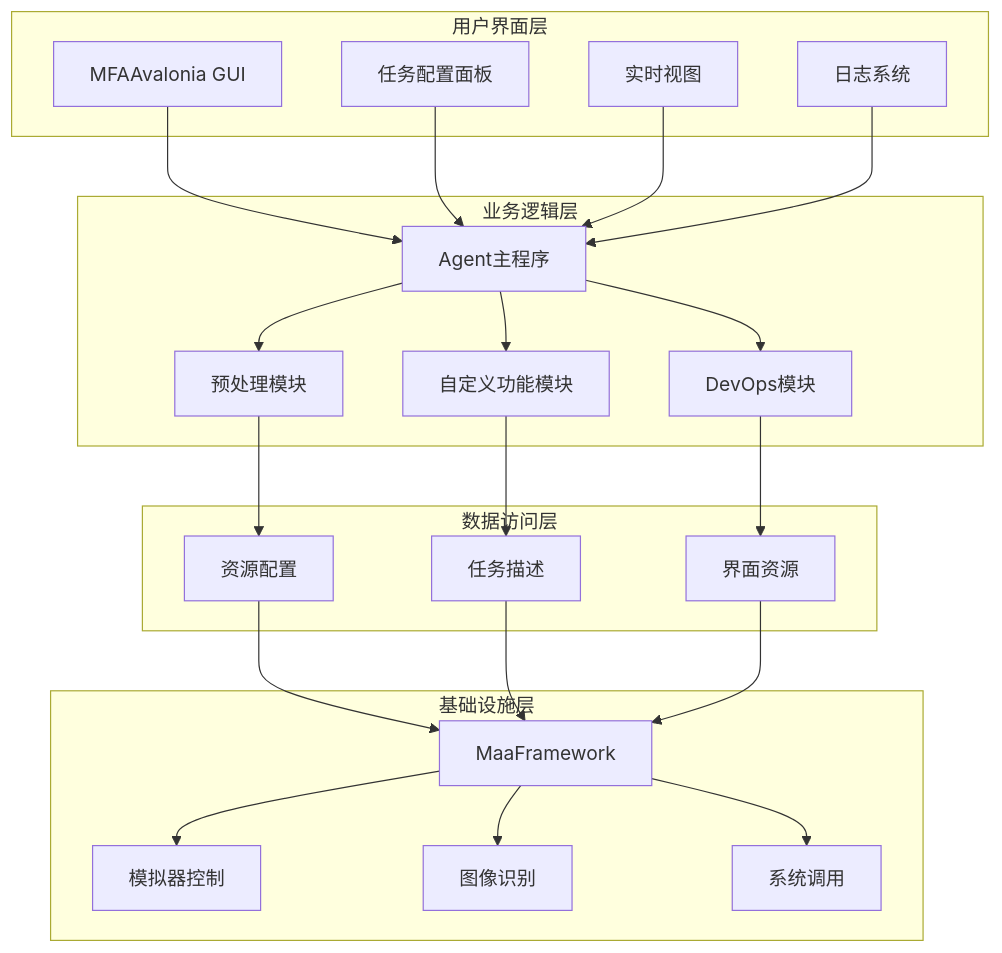
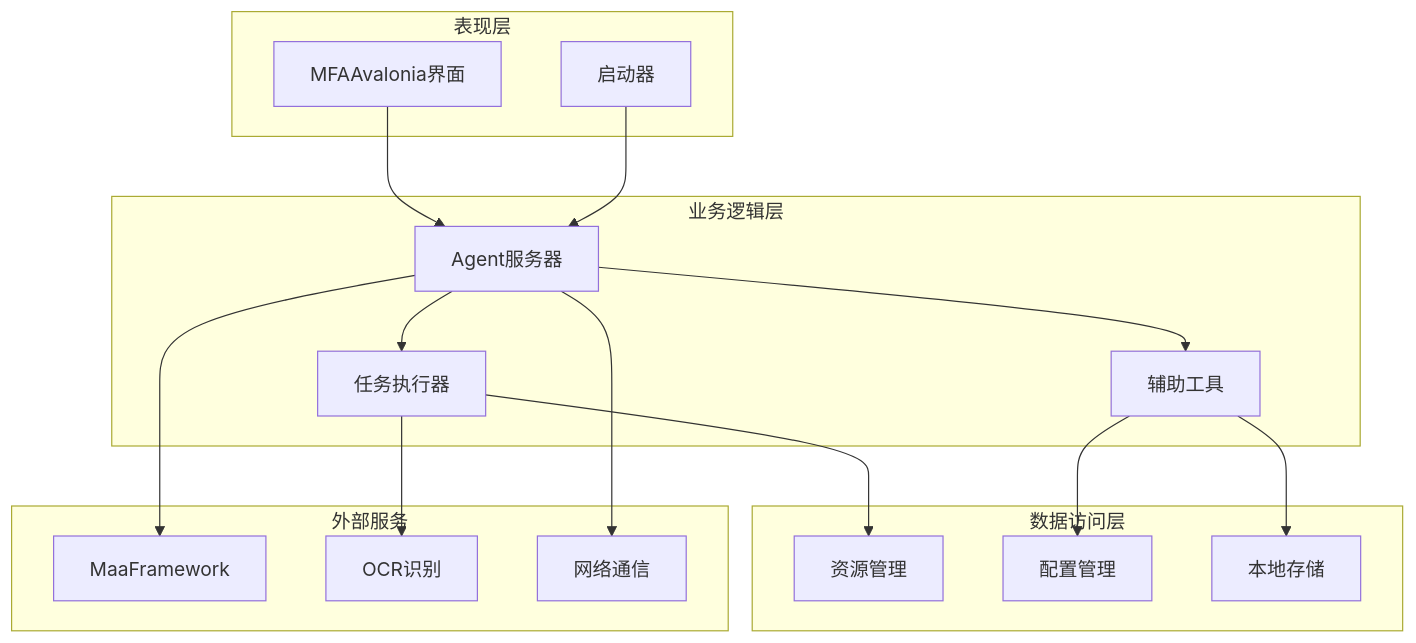
The fifth of 8 diagrams in .qoder/repowiki/zh/content/Operation Guide Content.md (kqcoxn/MaaDuDuL), drawn with Mermaid before and after one commit. The commit also changed other lines of this file and 18 other files, not shown here.

````diff
--- a/.qoder/repowiki/zh/content/Operation Guide Content.md
+++ b/.qoder/repowiki/zh/content/Operation Guide Content.md
@@ -125,42 +179,32 @@
 ```mermaid
 graph TB
-subgraph "用户界面层"
-A[MFAAvalonia GUI]
-B[任务配置面板]
-C[实时视图]
-D[日志系统]
+subgraph "表现层"
+UI[MFAAvalonia界面]
+Launcher[启动器]
 end
 subgraph "业务逻辑层"
-E[Agent主程序]
-F[预处理模块]
-G[自定义功能模块]
-H[DevOps模块]
+Agent[Agent服务器]
+Tasker[任务执行器]
+Helper[辅助工具]
 end
 subgraph "数据访问层"
-I[资源配置]
-J[任务描述]
-K[界面资源]
+Resource[资源管理]
+Config[配置管理]
+Storage[本地存储]
 end
-subgraph "基础设施层"
-L[MaaFramework]
-M[模拟器控制]
-N[图像识别]
-O[系统调用]
+subgraph "外部服务"
+Framework[MaaFramework]
+OCR[OCR识别]
+Network[网络通信]
 end
-A --> E
-B --> E
-C --> E
-D --> E
-E --> F
-E --> G
-E --> H
-F --> I
-G --> J
-H --> K
-I --> L
-J --> L
-K --> L
-L --> M
-L --> N
-L --> O
+UI --> Agent
+Launcher --> Agent
+Agent --> Tasker
+Agent --> Helper
+Tasker --> Resource
+Helper --> Config
+Helper --> Storage
+Agent --> Framework
+Tasker --> OCR
+Agent --> Network
 ```
````
